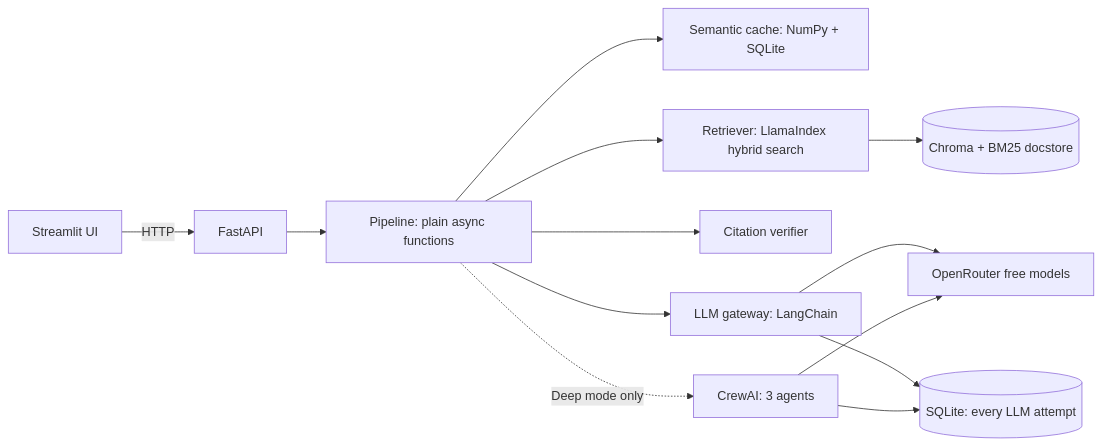
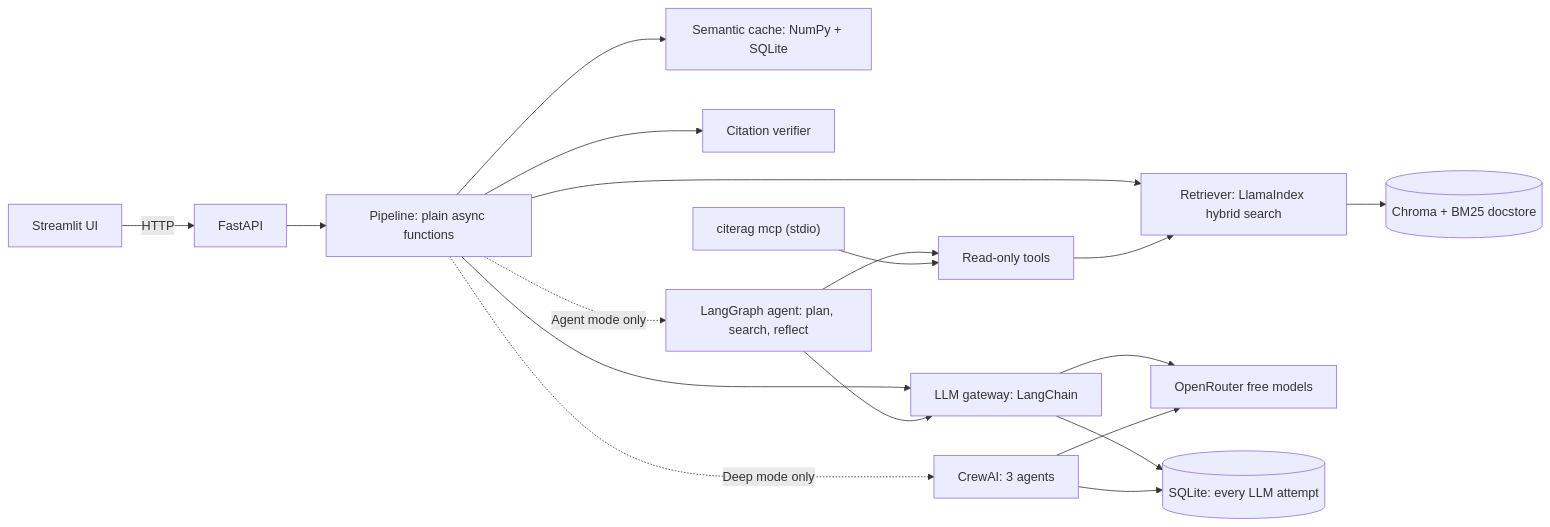
Before and after one commit to f243077-cell/Cited-RAG-Project: the diagram in README.md, drawn with Mermaid. The commit also changed other lines of this file, not shown here.

Commit message:
docs: add configuration, commands, tests and roadmap coverage to the README

````diff
--- a/README.md
+++ b/README.md
@@ -11,15 +11,20 @@
 ```mermaid
 flowchart LR
   UI["Streamlit UI"] -- HTTP --> API["FastAPI"]
   API --> P["Pipeline: plain async functions"]
   P --> K["Semantic cache: NumPy + SQLite"]
   P --> R["Retriever: LlamaIndex hybrid search"]
   R --> C[("Chroma + BM25 docstore")]
   P --> V["Citation verifier"]
   P --> G["LLM gateway: LangChain"]
   P -. "Deep mode only" .-> D["CrewAI: 3 agents"]
+  P -. "Agent mode only" .-> AG["LangGraph agent: plan, search, reflect"]
+  AG --> T["Read-only tools"]
+  T --> R
+  AG --> G
+  MCP["citerag mcp (stdio)"] --> T
   G --> O["OpenRouter free models"]
   D --> O
   G --> L[("SQLite: every LLM attempt")]
   D --> L
 ```
````
